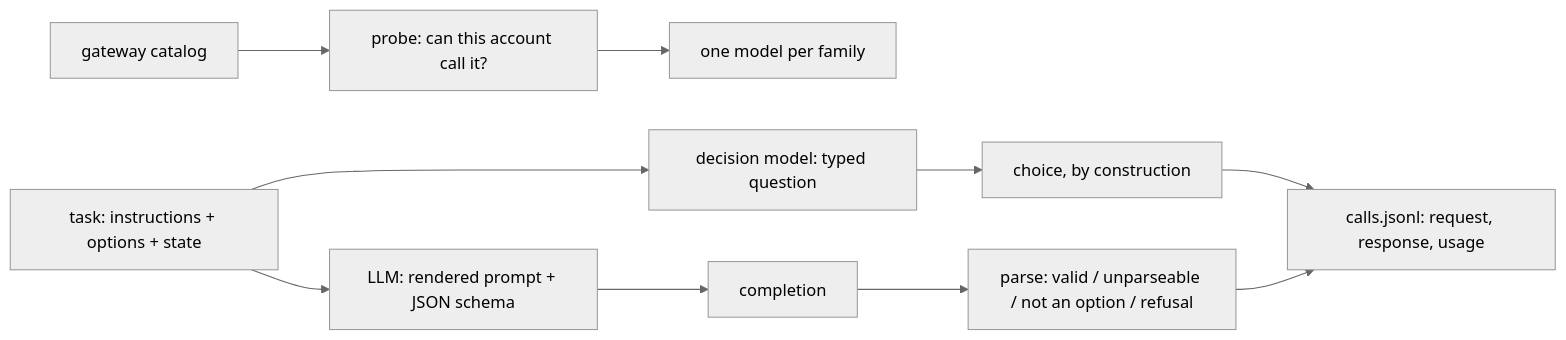
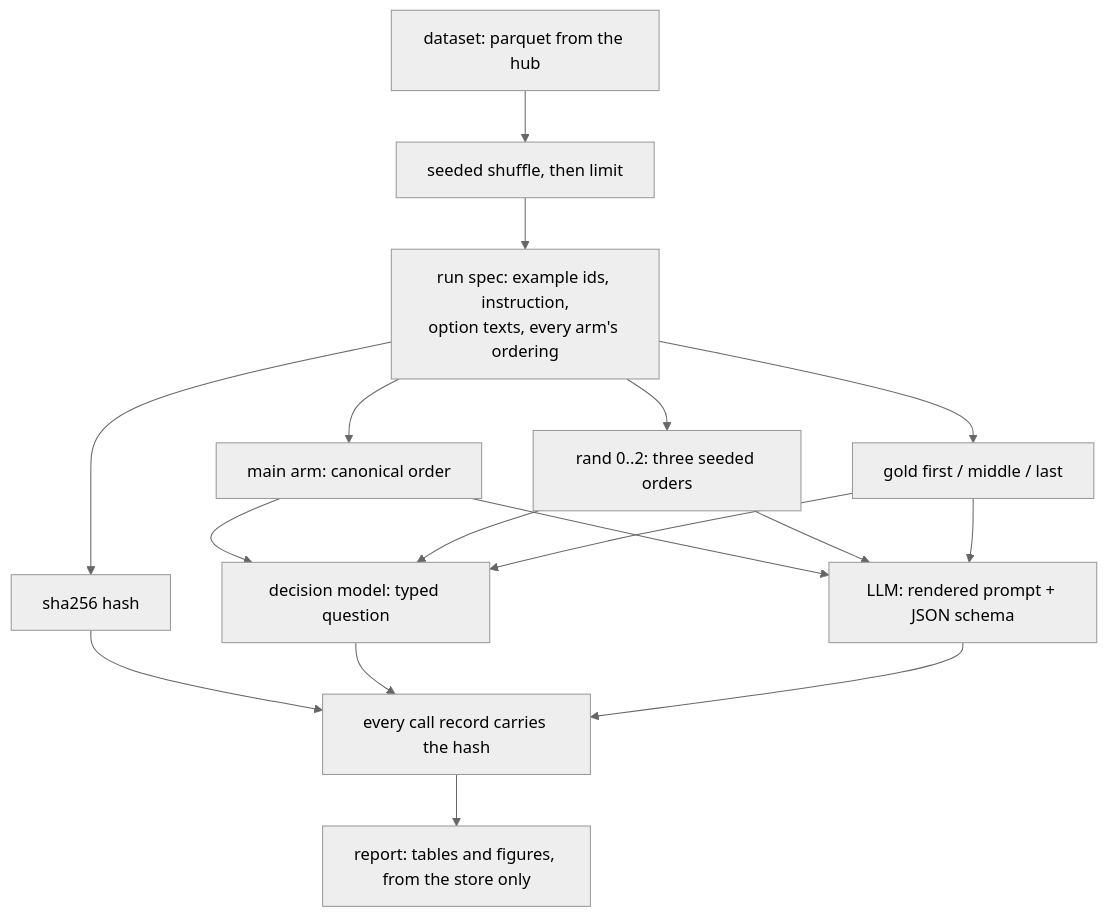
Before and after one commit to nadeem4/ai-experiments: the diagram in typed_decisions/README.md, drawn with Mermaid. The commit also changed other lines of this file and 26 other files, not shown here.

First line of the commit message:
Rebuild as typed_decisions: two datasets, nine models, a frozen run spec

````diff
--- a/typed_decisions/README.md
+++ b/typed_decisions/README.md
@@ -44,12 +75,20 @@
 ```mermaid
 %%{init: {'theme': 'neutral'}}%%
-flowchart LR
-    G[gateway catalog] --> P[probe: can this account call it?]
-    P --> M[one model per family]
-    T[task: instructions + options + state] --> D[decision model: typed question]
-    T --> L[LLM: rendered prompt + JSON schema]
-    D --> A[choice, by construction]
-    L --> C[completion] --> V[parse: valid / unparseable / not an option / refusal]
-    A --> R[calls.jsonl: request, response, usage]
-    V --> R
+flowchart TB
+    D[dataset: parquet from the hub] --> S[seeded shuffle, then limit]
+    S --> SPEC[run spec: example ids, instruction,<br/>option texts, every arm's ordering]
+    SPEC --> H[sha256 hash]
+    H --> R[every call record carries the hash]
+    SPEC --> M1[main arm: canonical order]
+    SPEC --> M2[rand 0..2: three seeded orders]
+    SPEC --> M3[gold first / middle / last]
+    M1 --> DM[decision model: typed question]
+    M1 --> LLM[LLM: rendered prompt + JSON schema]
+    M2 --> DM
+    M2 --> LLM
+    M3 --> DM
+    M3 --> LLM
+    DM --> R
+    LLM --> R
+    R --> REP[report: tables and figures, from the store only]
 ```
````
